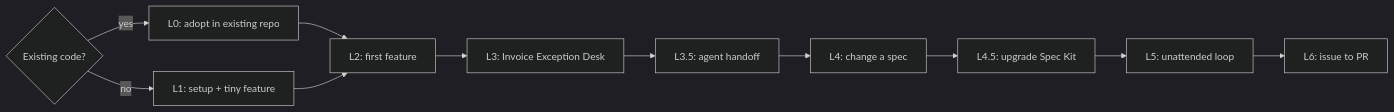
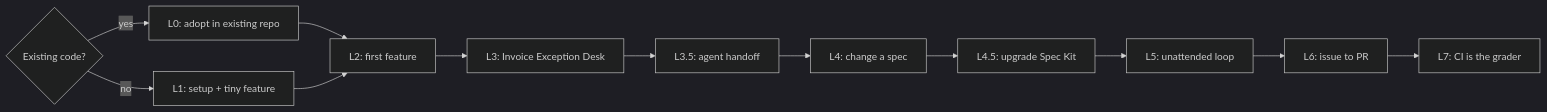
The fourth of 4 diagrams in docs/index.md (tosin2013/invoice-exception-desk), drawn with Mermaid (dark theme) before and after one commit. The commit also changed other lines of this file and 6 other files, not shown here.

First line of the commit message:
docs: add L7 lesson page (CI is the grader: PR #21 workflow, issue #22 to PR #23)

````diff
--- a/docs/index.md
+++ b/docs/index.md
@@ -102,8 +102,8 @@
 ```mermaid
 flowchart LR
   Q{Existing code?} -->|yes| L0["L0: adopt in existing repo"]
   Q -->|no| L1["L1: setup + tiny feature"]
   L0 --> L2["L2: first feature"]
   L1 --> L2
-  L2 --> L3["L3: Invoice Exception Desk"] --> L35["L3.5: agent handoff"] --> L4["L4: change a spec"] --> L45["L4.5: upgrade Spec Kit"] --> L5["L5: unattended loop"] --> L6["L6: issue to PR"]
+  L2 --> L3["L3: Invoice Exception Desk"] --> L35["L3.5: agent handoff"] --> L4["L4: change a spec"] --> L45["L4.5: upgrade Spec Kit"] --> L5["L5: unattended loop"] --> L6["L6: issue to PR"] --> L7["L7: CI is the grader"]
 ```
````
